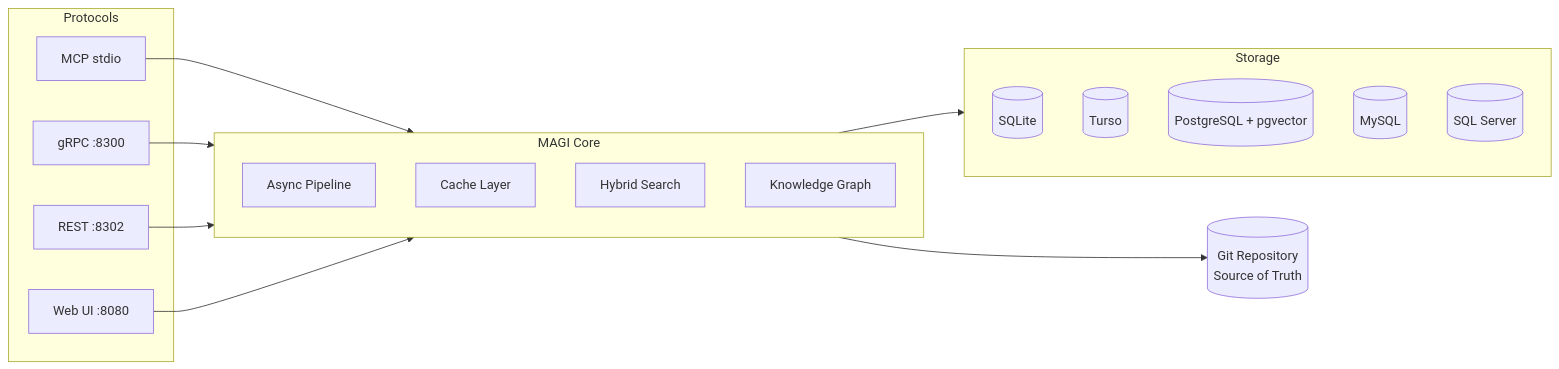
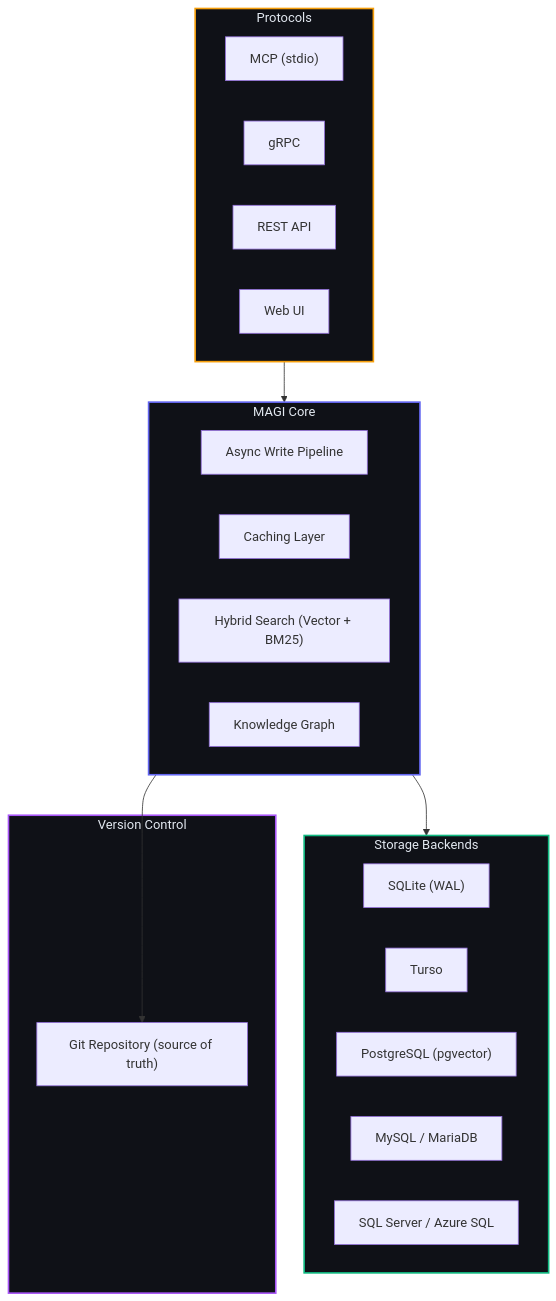
Before and after one commit to j33pguy/magi: the third of 3 diagrams in README.md, drawn with Mermaid. The commit also changed other lines of this file and 1 other file, not shown here.

Commit message:
perf: apply concurrency improvements after rebase (#72)

````diff
--- a/README.md
+++ b/README.md
@@ -150,30 +149,37 @@
 ```mermaid
-graph LR
-    subgraph Protocols
-        MCP[MCP stdio]
-        gRPC[gRPC :8300]
-        REST[REST :8302]
-        UI[Web UI :8080]
+graph TB
+    subgraph Protocols["Protocols"]
+        MCP["MCP (stdio)"]
+        GRPC["gRPC"]
+        REST["REST API"]
+        WEB["Web UI"]
     end
 
     subgraph Core["MAGI Core"]
-        Pipeline[Async Pipeline]
-        Cache[Cache Layer]
-        Search[Hybrid Search]
-        Graph[Knowledge Graph]
+        ASYNC["Async Write Pipeline"]
+        CACHE["Caching Layer"]
+        SEARCH["Hybrid Search (Vector + BM25)"]
+        GRAPH["Knowledge Graph"]
     end
 
-    subgraph Storage
-        SQLite[(SQLite)]
-        Turso[(Turso)]
-        PG[(PostgreSQL + pgvector)]
-        MySQL[(MySQL)]
-        MSSQL[(SQL Server)]
+    subgraph Storage["Storage Backends"]
+        SQLITE["SQLite (WAL)"]
+        TURSO["Turso"]
+        PG["PostgreSQL (pgvector)"]
+        MYSQL["MySQL / MariaDB"]
+        MSSQL["SQL Server / Azure SQL"]
     end
 
-    Git[(Git Repository<br/>Source of Truth)]
+    subgraph VCS["Version Control"]
+        GIT["Git Repository (source of truth)"]
+    end
 
-    MCP & gRPC & REST & UI --> Core
+    Protocols --> Core
     Core --> Storage
-    Core --> Git
+    Core --> GIT
+
+    style Protocols fill:#0f1117,stroke:#f59e0b,stroke-width:2px,color:#e2e8f0
+    style Core fill:#0f1117,stroke:#6366f1,stroke-width:2px,color:#e2e8f0
+    style Storage fill:#0f1117,stroke:#10b981,stroke-width:2px,color:#e2e8f0
+    style VCS fill:#0f1117,stroke:#a855f7,stroke-width:2px,color:#e2e8f0
 ```
````
